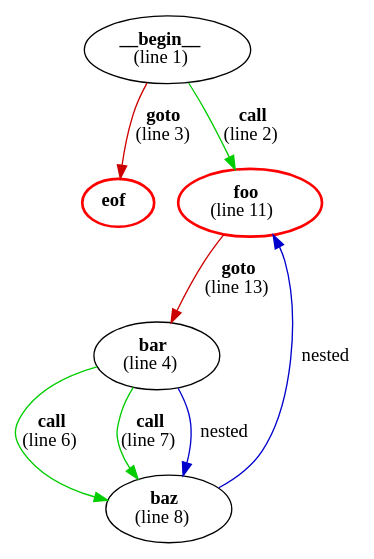
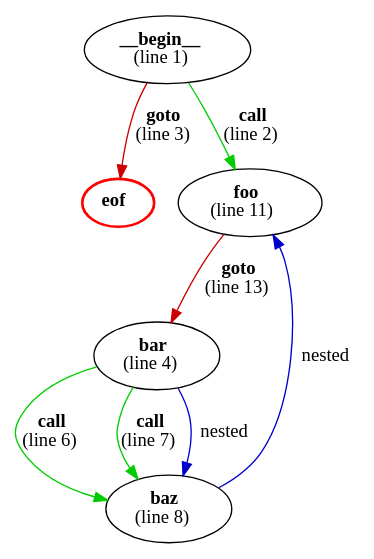
Before and after one commit to microsoft/cmd-call-graph: the diagram in examples/example1.dot, drawn with Graphviz. The commit also changed 6 other files, not shown here.

```diff
--- a/examples/example1.dot
+++ b/examples/example1.dot
@@ -1,14 +1,14 @@
 digraph g {
 "__begin__" [label=<<b>__begin__</b><br/>(line 1)>]
 "__begin__" -> "eof" [label=<<b>goto</b><br />(line 3)>,color=red3]
 "__begin__" -> "foo" [label=<<b>call</b><br />(line 2)>,color=green3]
 "bar" [label=<<b>bar</b><br/>(line 4)>]
 "bar" -> "baz" [label=<<b>call</b><br />(line 6)>,color=green3]
 "bar" -> "baz" [label=<<b>call</b><br />(line 7)>,color=green3]
 "bar" -> "baz" [label=nested,color=blue3]
 "baz" [label=<<b>baz</b><br/>(line 8)>]
 "baz" -> "foo" [label=nested,color=blue3]
 "eof" [label=<<b>eof</b>>,color=red,penwidth=2]
-"foo" [label=<<b>foo</b><br/>(line 11)>,color=red,penwidth=2]
+"foo" [label=<<b>foo</b><br/>(line 11)>]
 "foo" -> "bar" [label=<<b>goto</b><br />(line 13)>,color=red3]
 }
```
